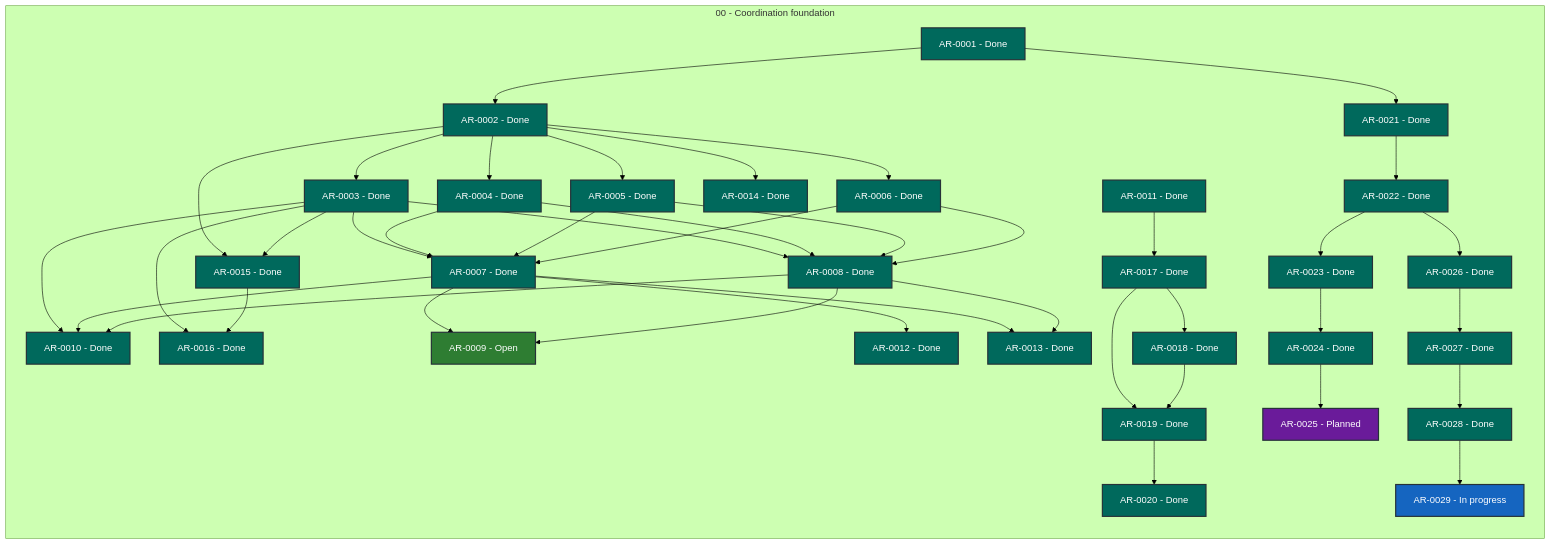
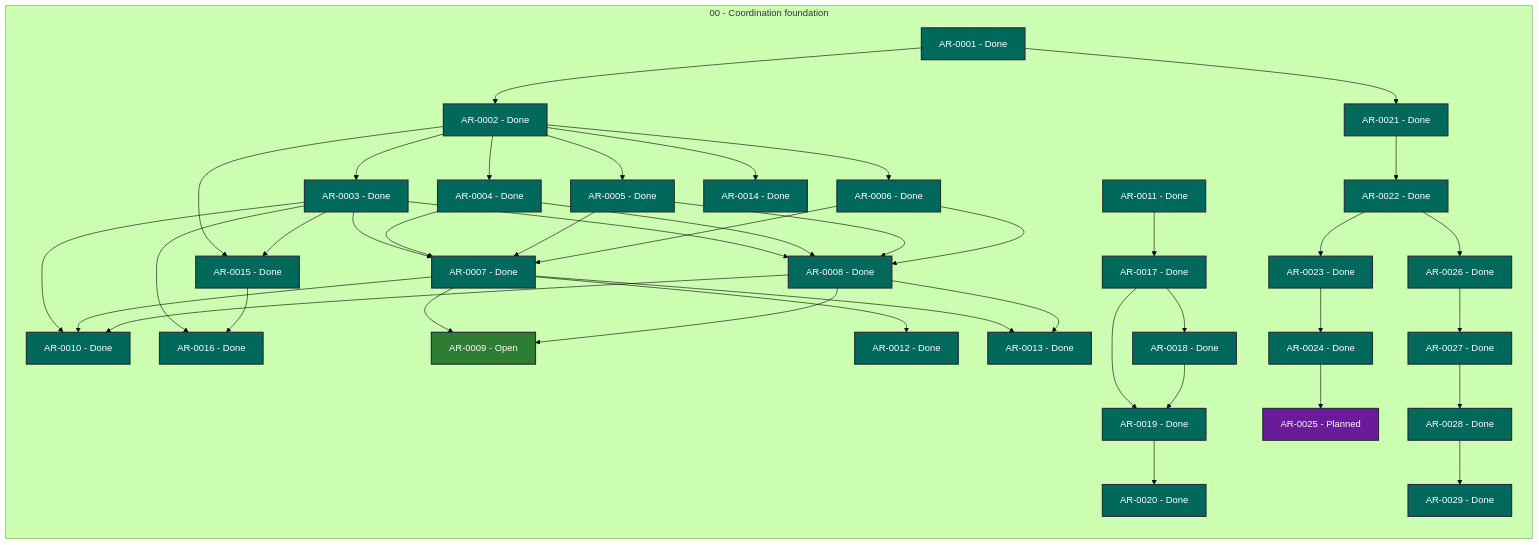
The diagram in STATUS.md (martin-beck/agent-workflow-coordinator-state), drawn with Mermaid (forest theme) before and after one commit. The commit also changed other lines of this file and 2 other files, not shown here.

```diff
--- a/STATUS.md
+++ b/STATUS.md
@@ -56,7 +56,7 @@
         AR_0026["AR-0026 - Done"]:::status_done
         AR_0027["AR-0027 - Done"]:::status_done
         AR_0028["AR-0028 - Done"]:::status_done
-        AR_0029["AR-0029 - In progress"]:::status_in_progress
+        AR_0029["AR-0029 - Done"]:::status_done
     end
     AR_0001 --> AR_0002
     AR_0001 --> AR_0021
```
